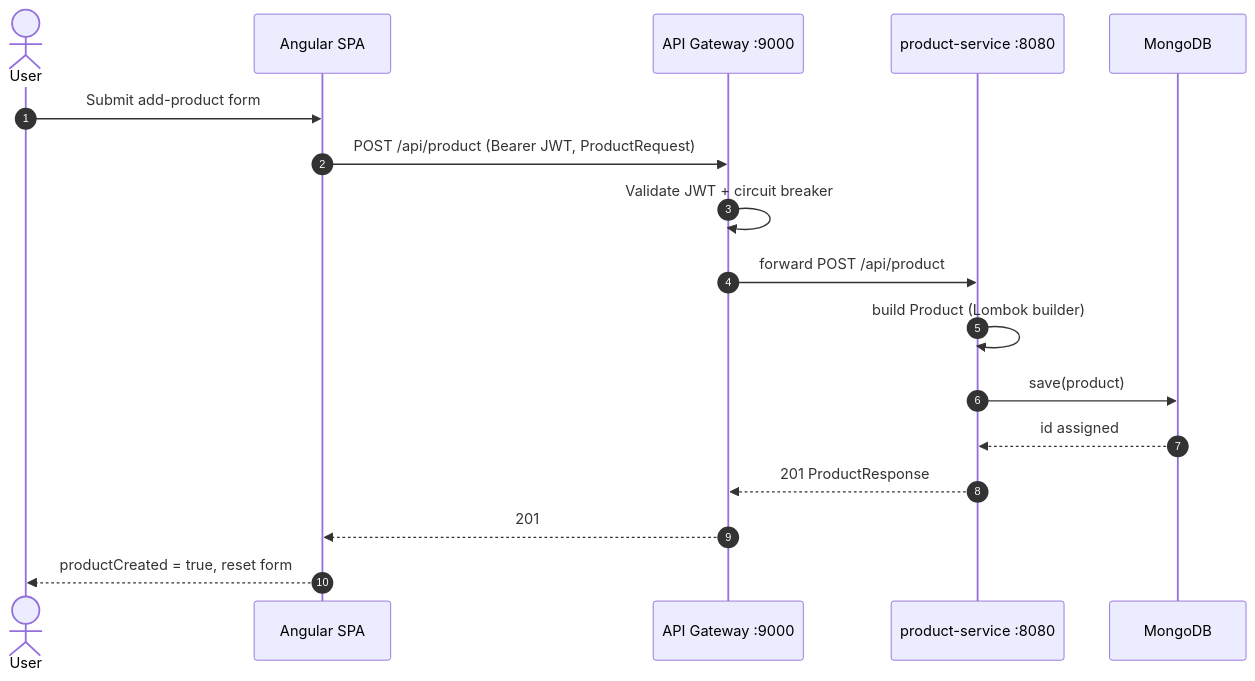
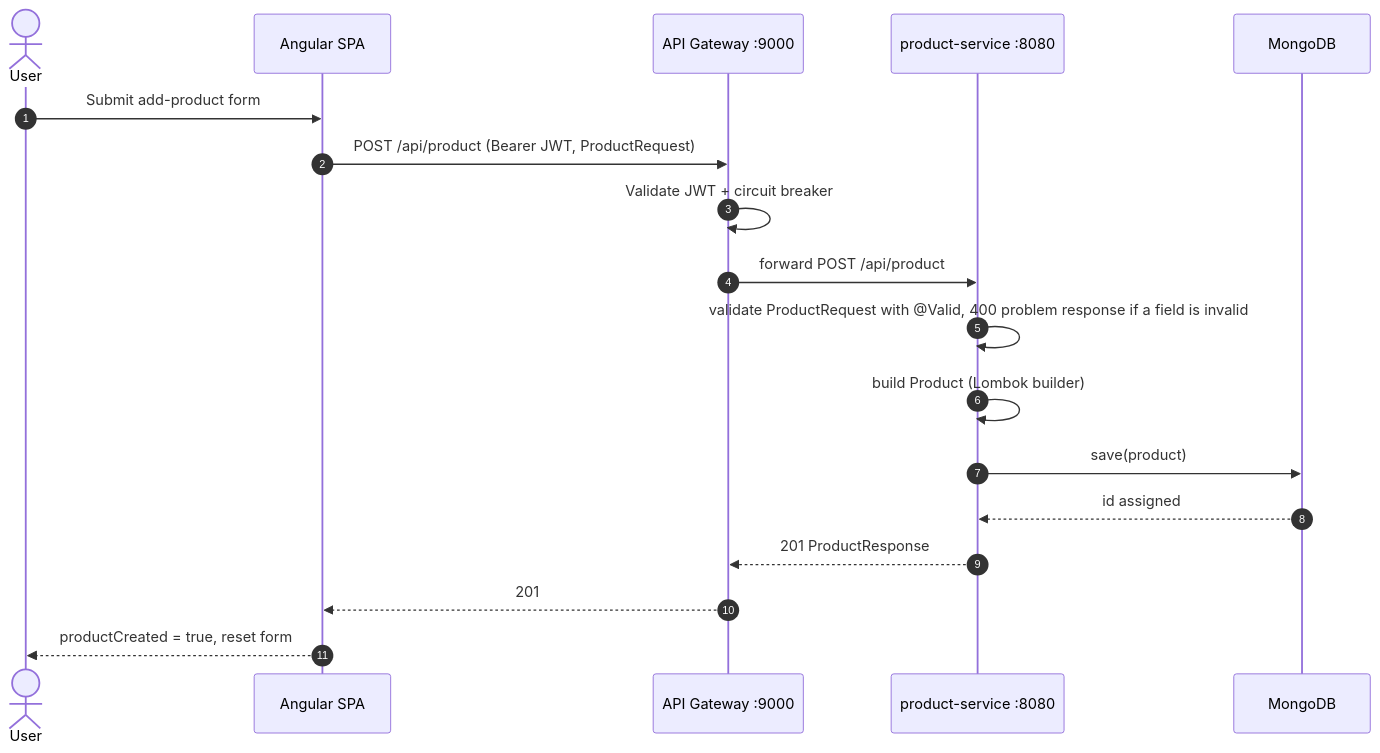
The ninth of 12 diagrams in docs/ARCHITECTURE.md (SzabolcsBeko/ms_sap_project), drawn with Mermaid before and after one commit. The commit also changed 12 other files, not shown here.

First line of the commit message:
fix(product-service): reject products with missing or invalid fields (400)

````diff
--- a/docs/ARCHITECTURE.md
+++ b/docs/ARCHITECTURE.md
@@ -390,20 +390,21 @@
 ```mermaid
 sequenceDiagram
     autonumber
     actor U as User
     participant FE as Angular SPA
     participant GW as API Gateway :9000
     participant PS as product-service :8080
     participant M as MongoDB
 
     U->>FE: Submit add-product form
     FE->>GW: POST /api/product (Bearer JWT, ProductRequest)
     GW->>GW: Validate JWT + circuit breaker
     GW->>PS: forward POST /api/product
+    PS->>PS: validate ProductRequest with @Valid, 400 problem response if a field is invalid
     PS->>PS: build Product (Lombok builder)
     PS->>M: save(product)
     M-->>PS: id assigned
     PS-->>GW: 201 ProductResponse
     GW-->>FE: 201
     FE-->>U: productCreated = true, reset form
 ```
````
